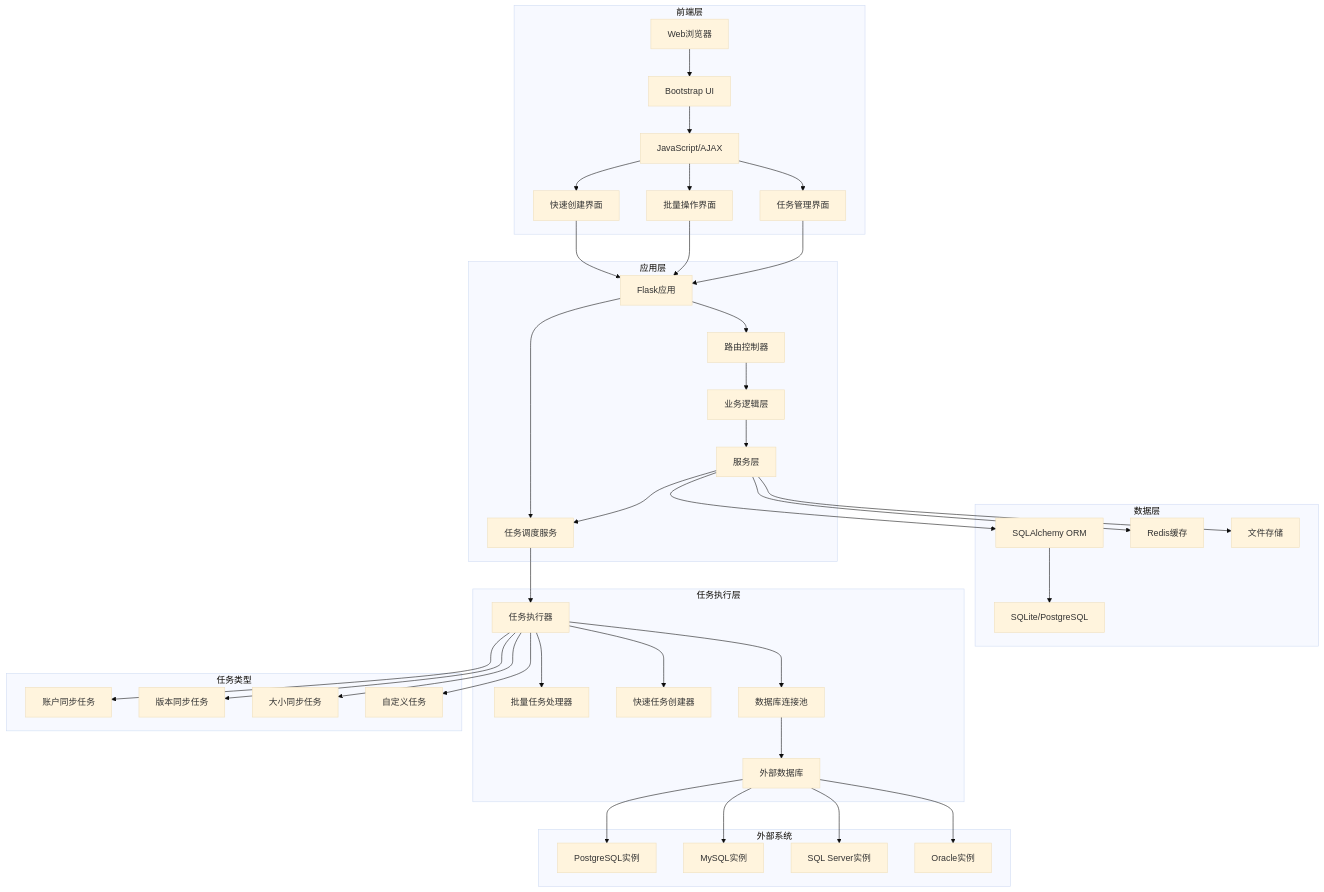
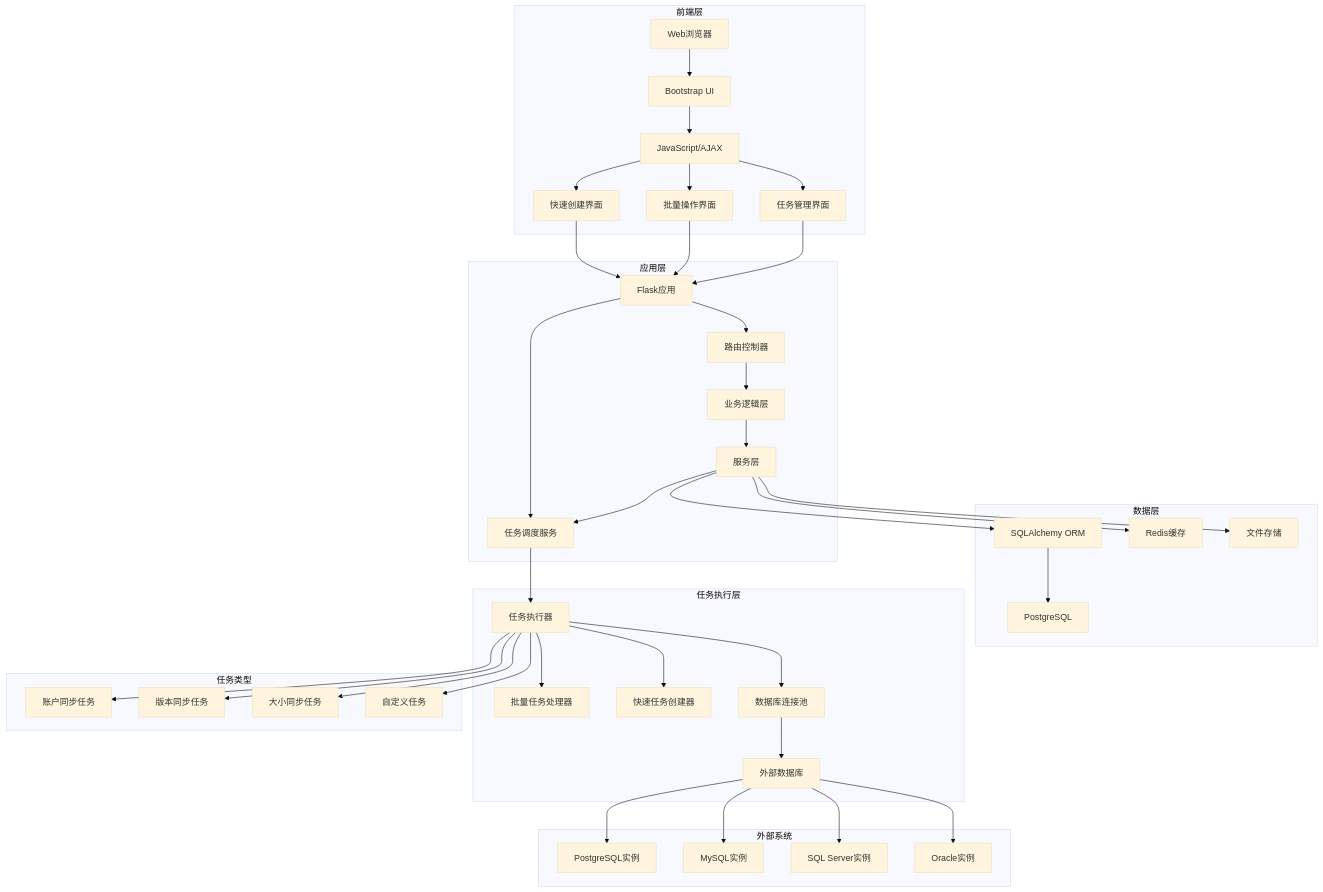
The third of 5 diagrams in docs/architecture/spec.md (nyealovey/TaifishingV4), drawn with Mermaid (base theme) before and after one commit. The commit also changed other lines of this file and 3 other files, not shown here.

````diff
--- a/docs/architecture/spec.md
+++ b/docs/architecture/spec.md
@@ -207,60 +207,60 @@
 ```mermaid
 graph TB
     subgraph "前端层"
         A[Web浏览器] --> B[Bootstrap UI]
         B --> C[JavaScript/AJAX]
         C --> D[任务管理界面]
         C --> E[批量操作界面]
         C --> F[快速创建界面]
     end
 
     subgraph "应用层"
         D --> G[Flask应用]
         E --> G
         F --> G
         G --> H[路由控制器]
         H --> I[业务逻辑层]
         I --> J[服务层]
         J --> K[任务调度服务]
     end
 
     subgraph "数据层"
         J --> L[SQLAlchemy ORM]
-        L --> M[SQLite/PostgreSQL]
+        L --> M[PostgreSQL]
         J --> N[Redis缓存]
         J --> O[文件存储]
     end
 
     subgraph "任务执行层"
         K --> P[任务执行器]
         P --> Q[批量任务处理器]
         P --> R[快速任务创建器]
         P --> S[数据库连接池]
         S --> T[外部数据库]
     end
 
     subgraph "外部系统"
         U[PostgreSQL实例]
         V[MySQL实例]
         W[SQL Server实例]
         X[Oracle实例]
     end
 
     G --> K
     T --> U
     T --> V
     T --> W
     T --> X
 
     subgraph "任务类型"
         Y[账户同步任务]
         Z[版本同步任务]
         AA[大小同步任务]
         BB[自定义任务]
     end
 
     P --> Y
     P --> Z
     P --> AA
     P --> BB
 ```
````
